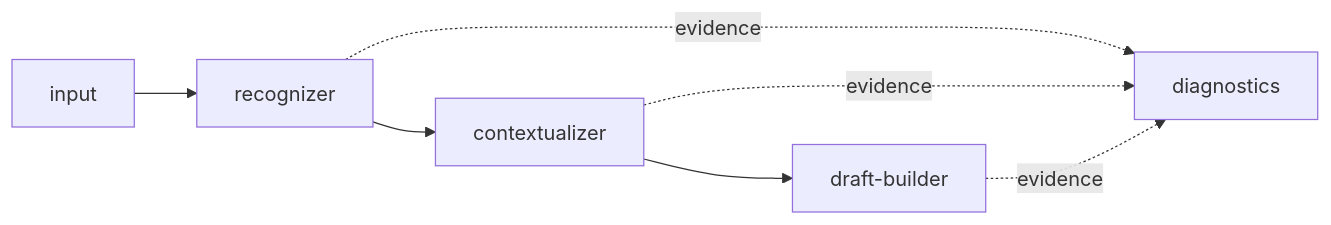
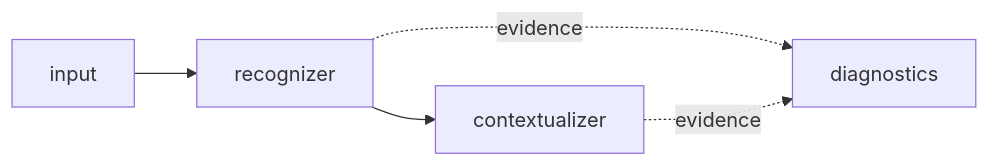
One commit to robertdyr/skales-v1 changed the third of 6 diagrams in docs/architecture/analyzer.md. Above: the diagram before and after it, drawn with Mermaid. The commit also changed other lines of this file and 34 other files, not shown here.

````diff
--- a/docs/architecture/analyzer.md
+++ b/docs/architecture/analyzer.md
@@ -30,7 +32,6 @@
 ```mermaid
 flowchart LR
-    Input["input"] --> Recognizer["recognizer"] --> Contextualizer["contextualizer"] --> DraftBuilder["draft-builder"]
+    Input["input"] --> Recognizer["recognizer"] --> Contextualizer["contextualizer"]
     Recognizer -. evidence .-> DiagnosticsA["diagnostics"]
     Contextualizer -. evidence .-> DiagnosticsA
-    DraftBuilder -. evidence .-> DiagnosticsA
 ```
````
